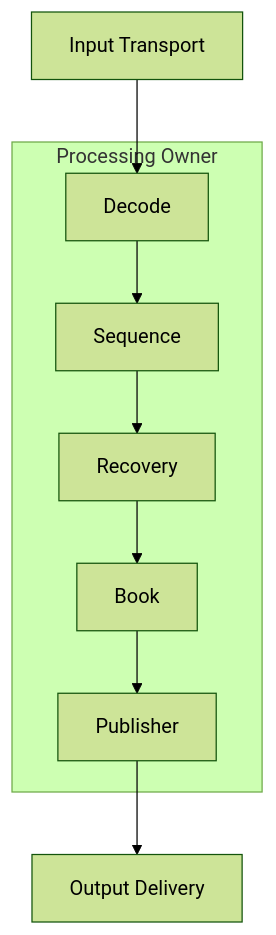
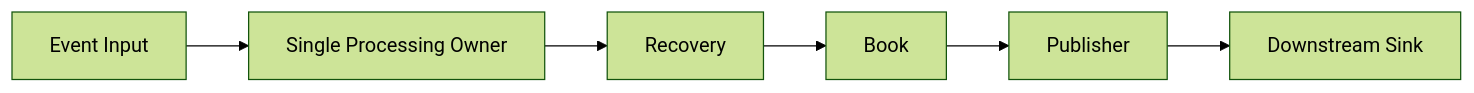
Before and after one commit to tembolo1284/maxwell: the first of 3 diagrams in docs/concurrency.md, drawn with Mermaid (forest theme). The commit also changed other lines of this file and 10 other files, not shown here.

````diff
--- a/docs/concurrency.md
+++ b/docs/concurrency.md
@@ -88,17 +67,12 @@
 ```mermaid
-flowchart TD
-    IN["Input Transport"]
+flowchart LR
+    INPUT["Event Input"]
+    OWNER["Single Processing Owner"]
+    REC["Recovery"]
+    BOOK["Book"]
+    PUB["Publisher"]
+    SINK["Downstream Sink"]
 
-    subgraph OWNER["Processing Owner"]
-        D["Decode"]
-        S["Sequence"]
-        R["Recovery"]
-        B["Book"]
-        P["Publisher"]
-
-        D --> S --> R --> B --> P
-    end
-
-    IN --> D
-    P --> OUT["Output Delivery"]
+    INPUT --> OWNER
+    OWNER --> REC --> BOOK --> PUB --> SINK
 ```
````
